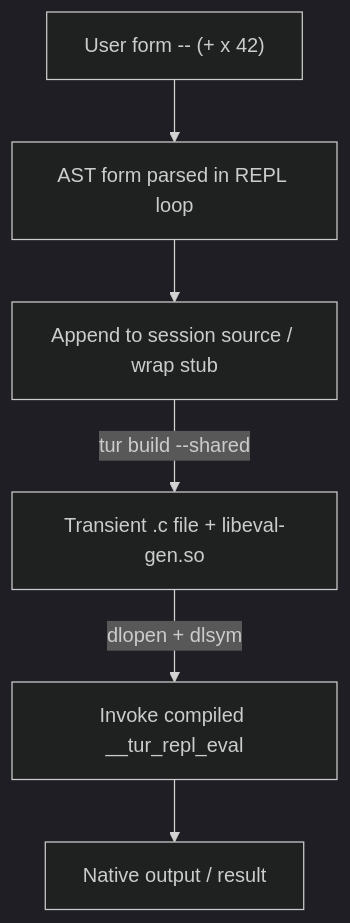
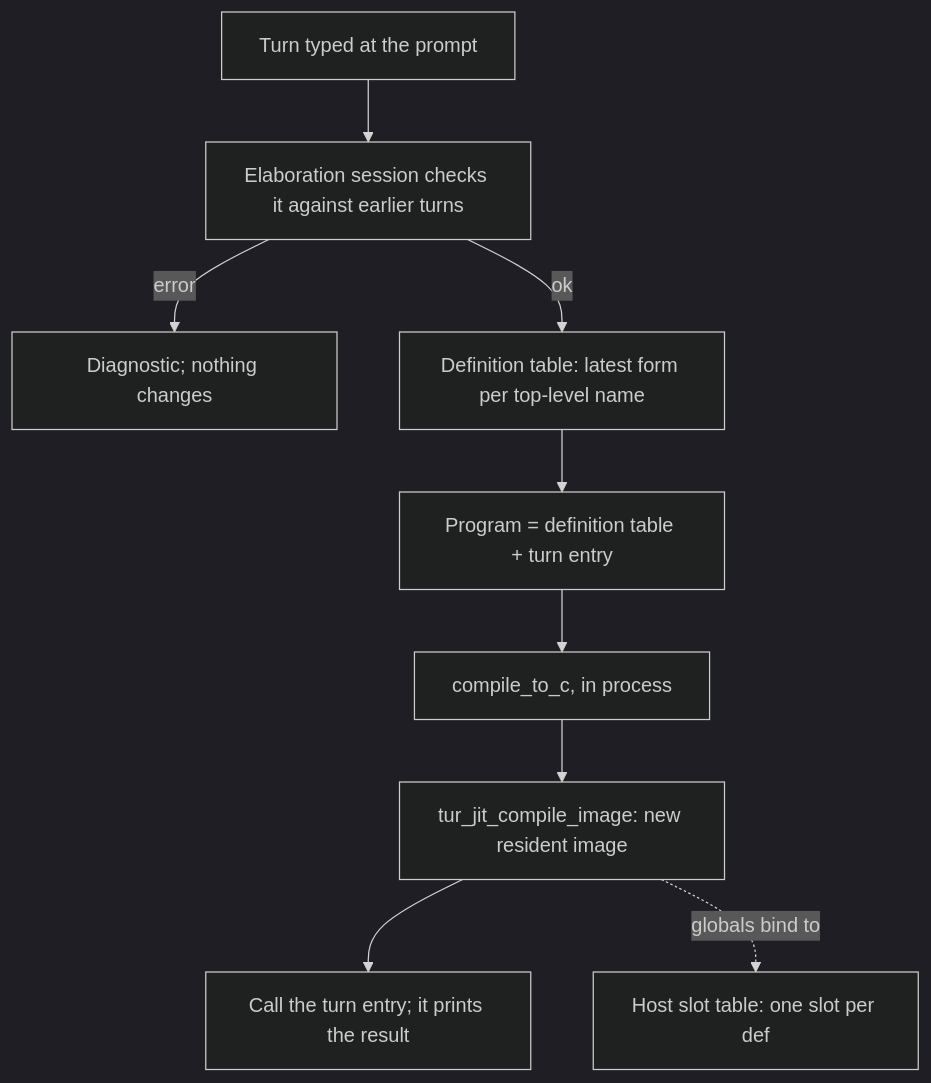
Before and after one commit to rjungemann/turmeric: the diagram in docs/upcoming/hold/aot-compiled-repl-plan.md, drawn with Mermaid (dark theme). The commit also changed other lines of this file and 3 other files, not shown here.

First line of the commit message:
docs: rewrite the compiled-REPL plan around the JIT; file two REPL bugs

````diff
--- a/docs/upcoming/hold/aot-compiled-repl-plan.md
+++ b/docs/upcoming/hold/aot-compiled-repl-plan.md
@@ -19,14 +186,17 @@
 ```mermaid
 flowchart TD
-  U["User form -- (+ x 42)"]
-  P["AST form parsed in REPL loop"]
-  S["Append to session source / wrap stub"]
-  C["Transient .c file + libeval-gen.so"]
-  I["Invoke compiled __tur_repl_eval"]
-  O["Native output / result"]
+  T["Turn typed at the prompt"]
+  E["Elaboration session checks it against earlier turns"]
+  X["Diagnostic; nothing changes"]
+  D["Definition table: latest form per top-level name"]
+  P["Program = definition table + turn entry"]
+  C["compile_to_c, in process"]
+  J["tur_jit_compile_image: new resident image"]
+  S["Host slot table: one slot per def"]
+  R["Call the turn entry; it prints the result"]
 
-  U --> P --> S
-  S -->|"tur build --shared"| C
-  C -->|"dlopen + dlsym"| I
-  I --> O
+  T --> E
+  E -->|"error"| X
+  E -->|"ok"| D --> P --> C --> J --> R
+  J -.->|"globals bind to"| S
 ```
````
